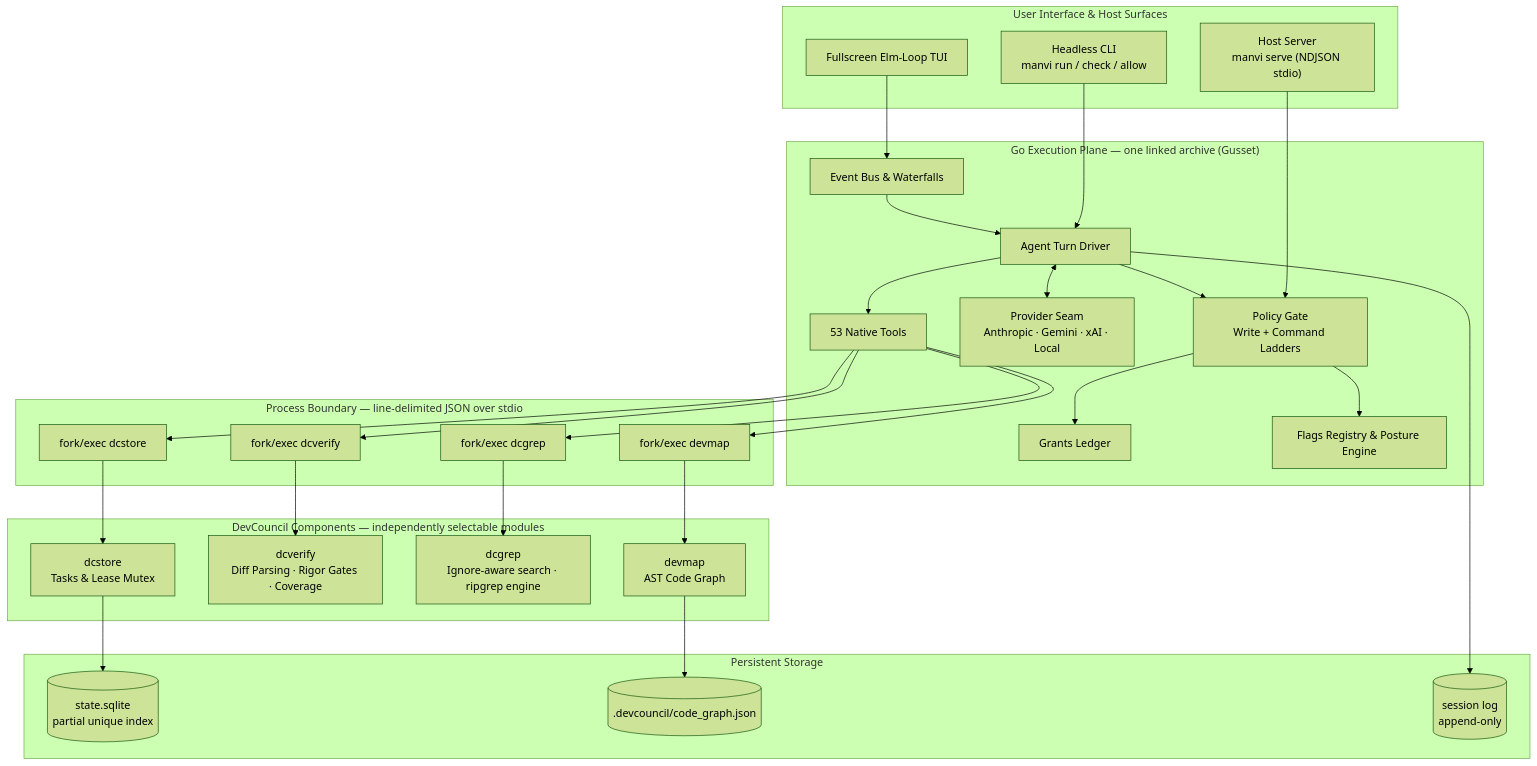
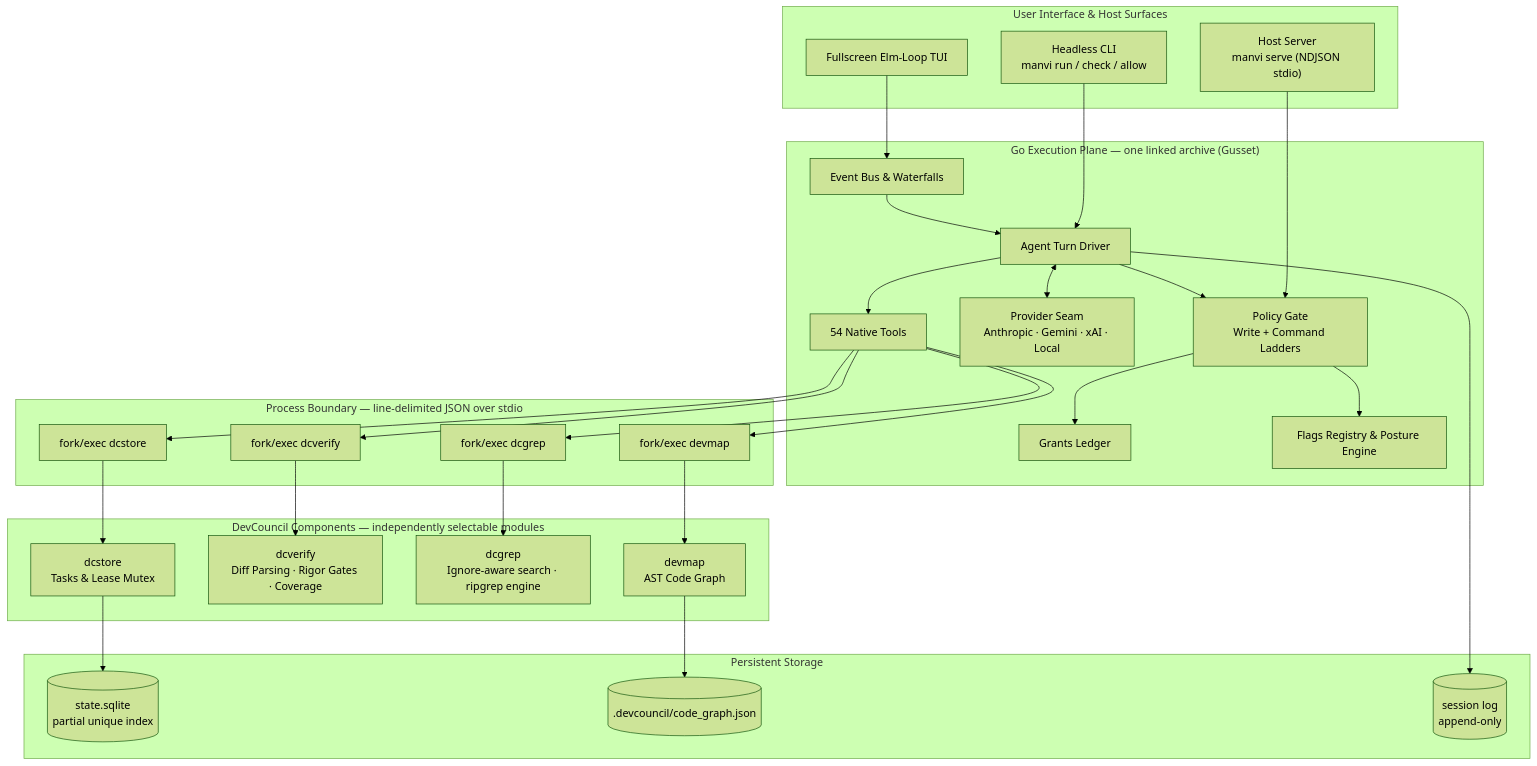
One commit to bharathvbcr/Manvi changed the first of 9 diagrams in README.md. Above: the diagram before and after it, drawn with Mermaid (forest theme). The commit also changed other lines of this file and 5 other files, not shown here.

````diff
--- a/README.md
+++ b/README.md
@@ -57,56 +57,56 @@
 ```mermaid
 flowchart TB
     subgraph UI["User Interface & Host Surfaces"]
         TUI["Fullscreen Elm-Loop TUI"]
         CLI["Headless CLI<br/>manvi run / check / allow"]
         Serve["Host Server<br/>manvi serve (NDJSON stdio)"]
     end
 
     subgraph GoPlane["Go Execution Plane — one linked archive (Gusset)"]
         Bus["Event Bus & Waterfalls"]
         AgentLoop["Agent Turn Driver"]
         Gate["Policy Gate<br/>Write + Command Ladders"]
         Grants["Grants Ledger"]
         Registry["Flags Registry & Posture Engine"]
         Providers["Provider Seam<br/>Anthropic · Gemini · xAI · Local"]
-        Tools["53 Native Tools"]
+        Tools["54 Native Tools"]
     end
 
     subgraph Boundary["Process Boundary — line-delimited JSON over stdio"]
         P1["fork/exec dcstore"]
         P2["fork/exec dcverify"]
         P3["fork/exec devmap"]
         P4["fork/exec dcgrep"]
     end
 
     subgraph Components["DevCouncil Components — independently selectable modules"]
         DCStore["dcstore<br/>Tasks & Lease Mutex"]
         DCVerify["dcverify<br/>Diff Parsing · Rigor Gates · Coverage"]
         DCGrep["dcgrep<br/>Ignore-aware search · ripgrep engine"]
         DevMap["devmap<br/>AST Code Graph"]
     end
 
     subgraph Storage["Persistent Storage"]
         SQLite[("state.sqlite<br/>partial unique index")]
         CodeGraph[(".devcouncil/code_graph.json")]
         SessionLog[("session log<br/>append-only")]
     end
 
     TUI --> Bus
     CLI --> AgentLoop
     Serve --> Gate
     Bus --> AgentLoop
     AgentLoop --> Gate
     Gate --> Grants
     Gate --> Registry
     AgentLoop <--> Providers
     AgentLoop --> Tools
     AgentLoop --> SessionLog
     Tools --> P1 & P2 & P3 & P4
     P1 --> DCStore
     P2 --> DCVerify
     P3 --> DevMap
     P4 --> DCGrep
     DCStore --> SQLite
     DevMap --> CodeGraph
 ```
````
